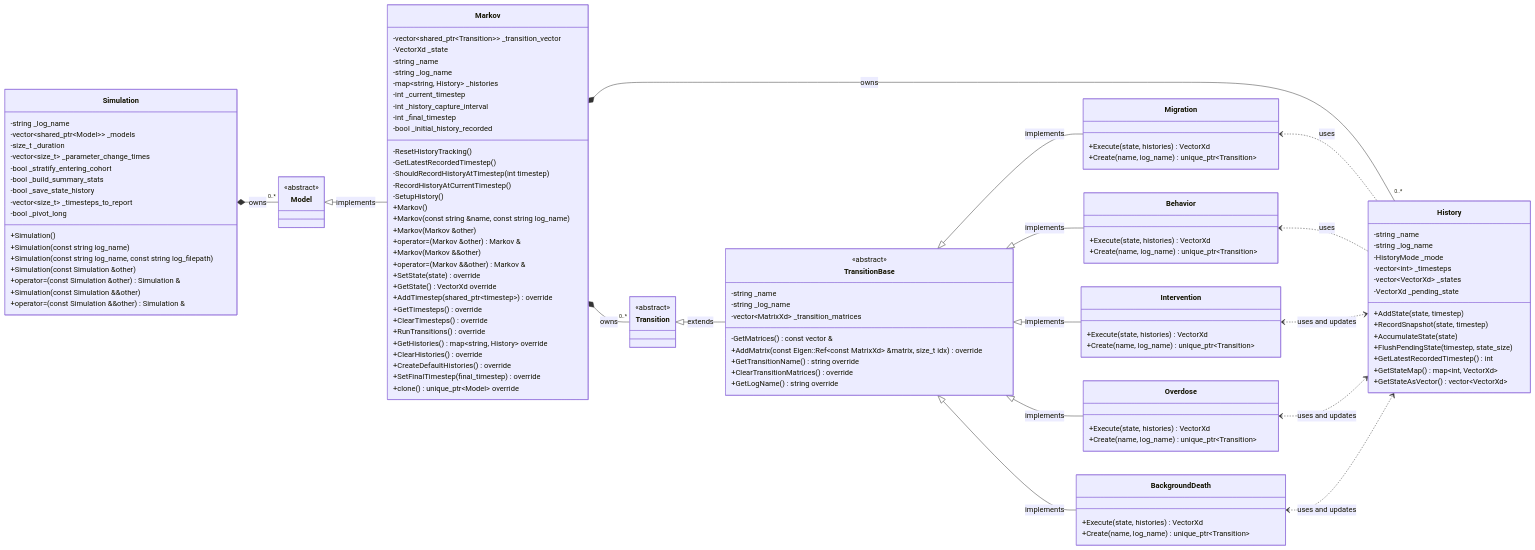
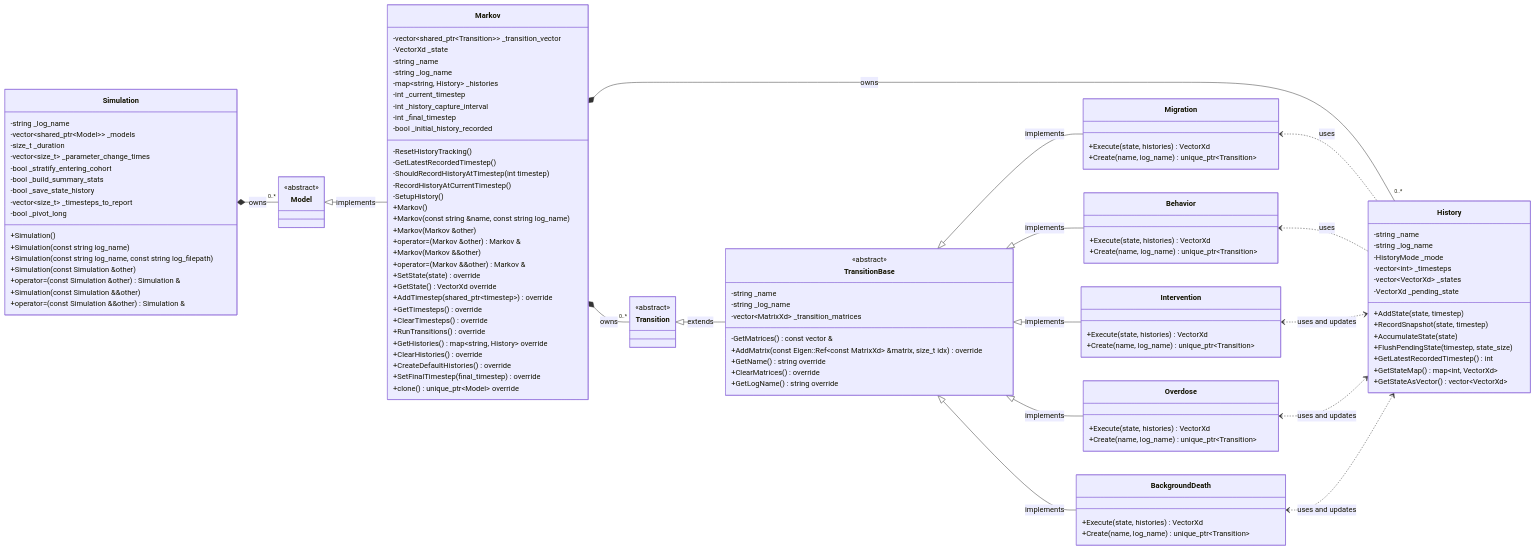
One commit to SyndemicsLab/respond changed the second of 3 diagrams in docs/src/uml.md. Above: the diagram before and after it, drawn with Mermaid. The commit also changed other lines of this file and 9 other files, not shown here.

Commit message:
Updating timestep interface to match UML and missing parts of UML

```diff
--- a/docs/src/uml.md
+++ b/docs/src/uml.md
@@ -220,8 +226,8 @@
         -vector~MatrixXd~ _transition_matrices
         -GetMatrices() const vector<MatrixXd> &
         +AddMatrix(const Eigen::Ref~const MatrixXd~ &matrix, size_t idx) override
-        +GetTransitionName() string override
-        +ClearTransitionMatrices() override
+        +GetName() string override
+        +ClearMatrices() override
         +GetLogName() string override
     }
 
```
